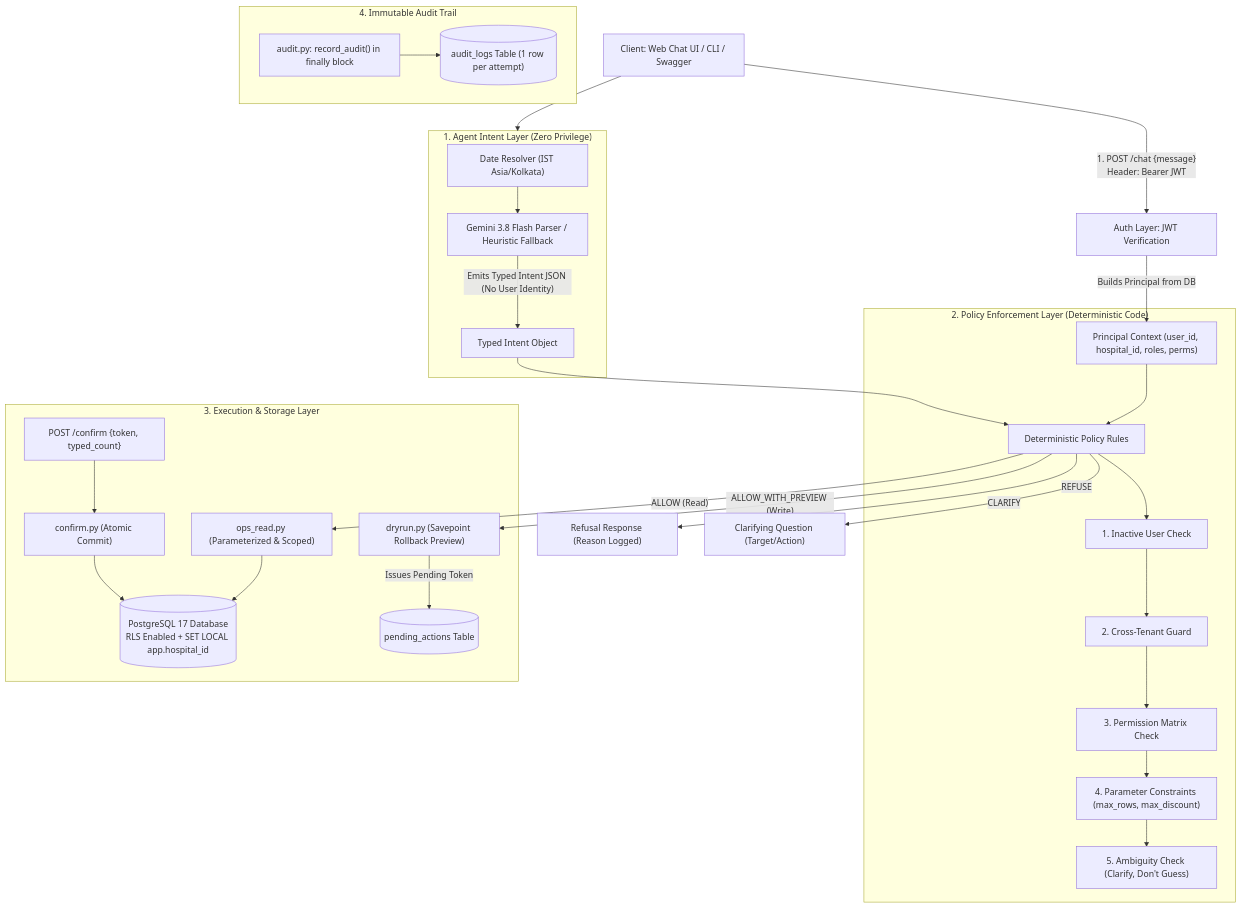
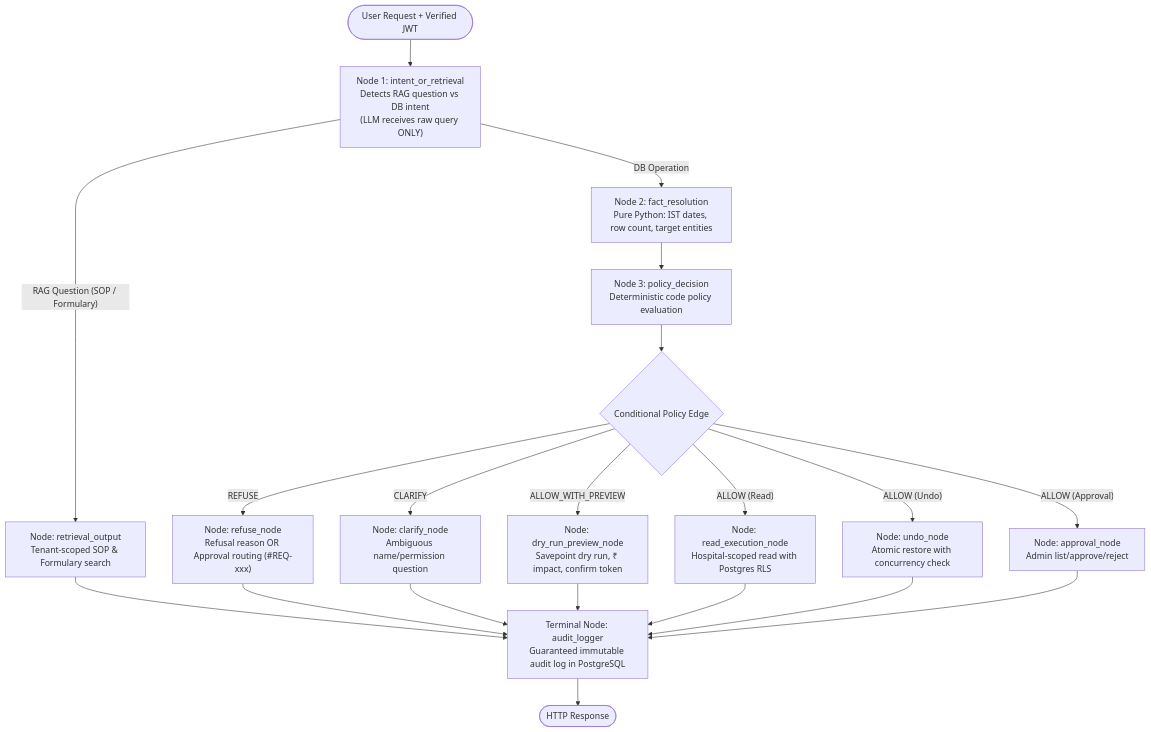
The diagram in README.md (chevalasandeep8374/Take-Home-Permission-Aware-Operations-Agent), drawn with Mermaid before and after one commit. The commit also changed other lines of this file, not shown here.

Commit message:
docs: prominently update README with LangGraph StateGraph engine, RAG retrieval system, and updated architecture diagram

````diff
--- a/README.md
+++ b/README.md
@@ -48,40 +53,28 @@
 ```mermaid
 flowchart TD
-    Client["Client: Web Chat UI / CLI / Swagger"] -->|"1. POST /chat {message}<br/>Header: Bearer JWT"| AuthMiddleware["Auth Layer: JWT Verification"]
-    AuthMiddleware -->|"Builds Principal from DB"| Principal["Principal Context (user_id, hospital_id, roles, perms)"]
+    Start([User Request + Verified JWT]) --> IntentOrRAG["Node 1: intent_or_retrieval<br/>Detects RAG question vs DB intent<br/>(LLM receives raw query ONLY)"]
     
-    subgraph AgentLayer["1. Agent Intent Layer (Zero Privilege)"]
-        DateEngine["Date Resolver (IST Asia/Kolkata)"] --> Parser["Gemini 3.8 Flash Parser / Heuristic Fallback"]
-        Parser -->|"Emits Typed Intent JSON (No User Identity)"| IntentObj["Typed Intent Object"]
-    end
+    IntentOrRAG -->|"RAG Question (SOP / Formulary)"| RAGNode["Node: retrieval_output<br/>Tenant-scoped SOP & Formulary search"]
+    IntentOrRAG -->|"DB Operation"| FactNode["Node 2: fact_resolution<br/>Pure Python: IST dates, row count, target entities"]
     
-    Client --> AgentLayer
+    FactNode --> PolicyNode["Node 3: policy_decision<br/>Deterministic code policy evaluation"]
     
-    subgraph PolicyEngine["2. Policy Enforcement Layer (Deterministic Code)"]
-        Principal --> GateKeeper["Deterministic Policy Rules"]
-        IntentObj --> GateKeeper
-        GateKeeper --> Rule1["1. Inactive User Check"]
-        Rule1 --> Rule2["2. Cross-Tenant Guard"]
-        Rule2 --> Rule3["3. Permission Matrix Check"]
-        Rule3 --> Rule4["4. Parameter Constraints (max_rows, max_discount)"]
-        Rule4 --> Rule5["5. Ambiguity Check (Clarify, Don't Guess)"]
-    end
+    PolicyNode --> Router{"Conditional Policy Edge"}
     
-    GateKeeper -->|"REFUSE"| ExitRefuse["Refusal Response (Reason Logged)"]
-    GateKeeper -->|"CLARIFY"| ExitClarify["Clarifying Question (Target/Action)"]
-    GateKeeper -->|"ALLOW (Read)"| ExecRead["ops_read.py (Parameterized & Scoped)"]
-    GateKeeper -->|"ALLOW_WITH_PREVIEW (Write)"| DryRun["dryrun.py (Savepoint Rollback Preview)"]
+    Router -->|"REFUSE"| RefuseNode["Node: refuse_node<br/>Refusal reason OR Approval routing (#REQ-xxx)"]
+    Router -->|"CLARIFY"| ClarifyNode["Node: clarify_node<br/>Ambiguous name/permission question"]
+    Router -->|"ALLOW_WITH_PREVIEW"| DryRunNode["Node: dry_run_preview_node<br/>Savepoint dry run, ₹ impact, confirm token"]
+    Router -->|"ALLOW (Read)"| ReadNode["Node: read_execution_node<br/>Hospital-scoped read with Postgres RLS"]
+    Router -->|"ALLOW (Undo)"| UndoNode["Node: undo_node<br/>Atomic restore with concurrency check"]
+    Router -->|"ALLOW (Approval)"| ApprovalNode["Node: approval_node<br/>Admin list/approve/reject"]
     
-    subgraph ExecLayer["3. Execution & Storage Layer"]
-        ExecRead --> PostgreSQL[("PostgreSQL 17 Database<br/>RLS Enabled + SET LOCAL app.hospital_id")]
-        DryRun -->|"Issues Pending Token"| PendingStore[("pending_actions Table")]
-        ConfirmReq["POST /confirm {token, typed_count}"] --> ConfirmExec["confirm.py (Atomic Commit)"]
-        ConfirmExec --> PostgreSQL
-    end
+    RAGNode --> AuditLogger["Terminal Node: audit_logger<br/>Guaranteed immutable audit log in PostgreSQL"]
+    RefuseNode --> AuditLogger
+    ClarifyNode --> AuditLogger
+    DryRunNode --> AuditLogger
+    ReadNode --> AuditLogger
+    UndoNode --> AuditLogger
+    ApprovalNode --> AuditLogger
     
-    subgraph AuditLayer["4. Immutable Audit Trail"]
-        AuditRecord["audit.py: record_audit() in finally block"]
-        AuditLog[("audit_logs Table (1 row per attempt)")]
-        AuditRecord --> AuditLog
-    end
+    AuditLogger --> EndNode([HTTP Response])
 ```
````
